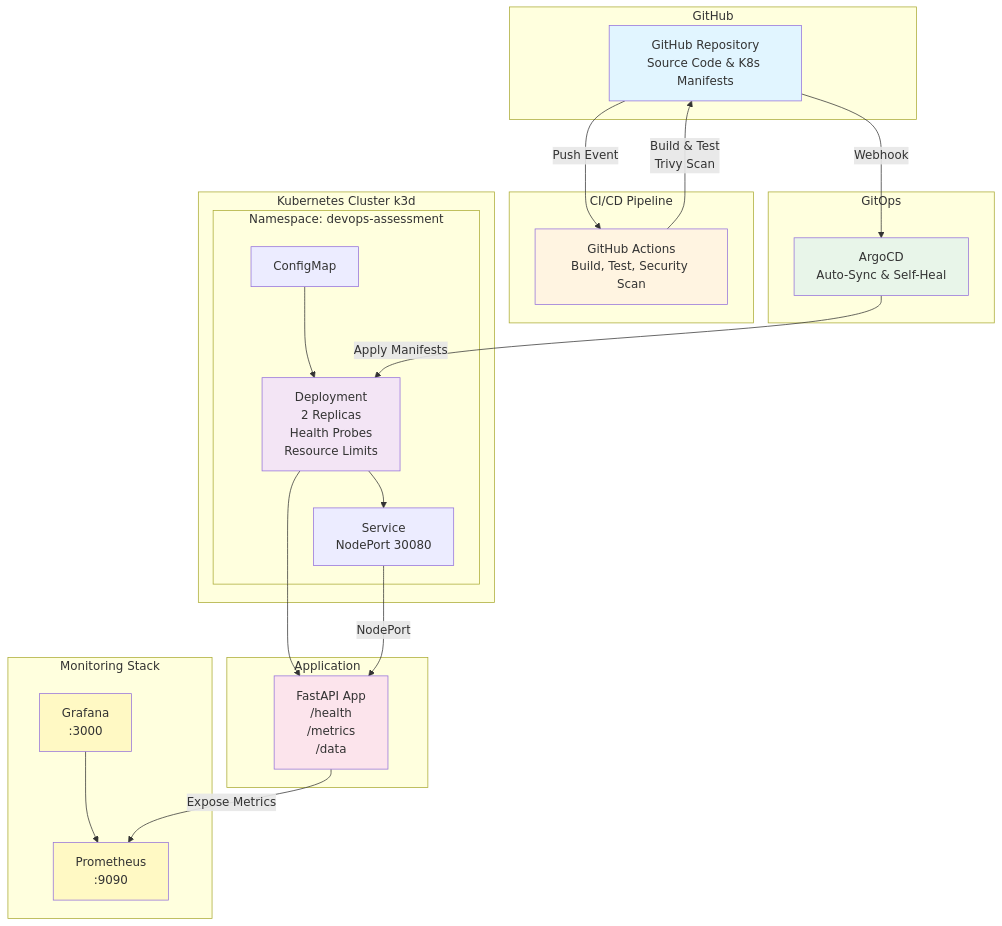
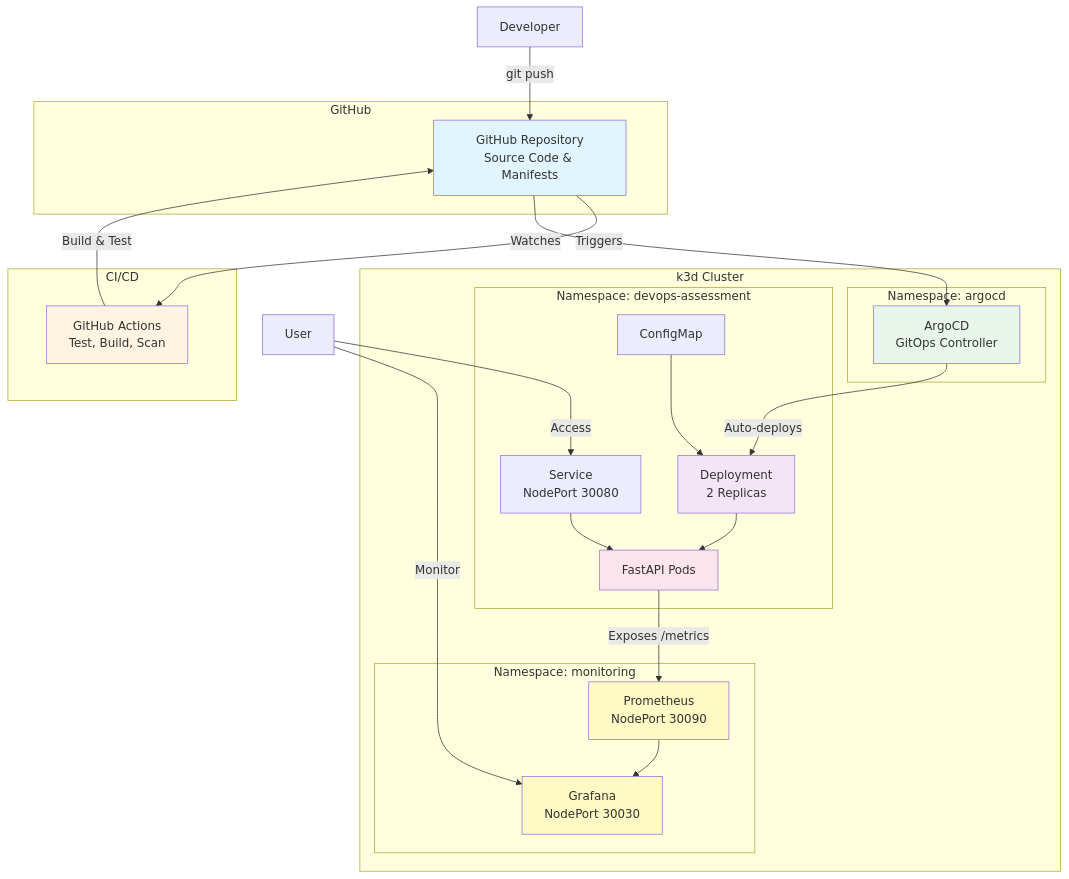
The diagram in README.md (jardahrazdera/devops-assessment), drawn with Mermaid before and after one commit. The commit also changed other lines of this file, not shown here.

Commit message:
docs: simplify README with integrated Kubernetes architecture

````diff
--- a/README.md
+++ b/README.md
@@ -7,50 +28,51 @@
 ```mermaid
 graph TB
     subgraph "GitHub"
-        REPO[GitHub Repository<br/>Source Code & K8s Manifests]
+        REPO[GitHub Repository<br/>Source Code & Manifests]
     end
 
-    subgraph "CI/CD Pipeline"
-        GHA[GitHub Actions<br/>Build, Test, Security Scan]
+    subgraph "CI/CD"
+        GHA[GitHub Actions<br/>Test, Build, Scan]
     end
 
-    subgraph "GitOps"
-        ARGOCD[ArgoCD<br/>Auto-Sync & Self-Heal]
-    end
+    subgraph "k3d Cluster"
+        subgraph "Namespace: argocd"
+            ARGOCD[ArgoCD<br/>GitOps Controller]
+        end
 
-    subgraph "Kubernetes Cluster k3d"
         subgraph "Namespace: devops-assessment"
-            DEPLOY[Deployment<br/>2 Replicas<br/>Health Probes<br/>Resource Limits]
+            DEPLOY[Deployment<br/>2 Replicas]
             SVC[Service<br/>NodePort 30080]
             CM[ConfigMap]
-            DEPLOY --> SVC
+            APP[FastAPI Pods]
+
             CM --> DEPLOY
+            DEPLOY --> APP
+            SVC --> APP
+        end
+
+        subgraph "Namespace: monitoring"
+            PROM[Prometheus<br/>NodePort 30090]
+            GRAFANA[Grafana<br/>NodePort 30030]
+
+            PROM --> GRAFANA
         end
     end
 
-    subgraph "Monitoring Stack"
-        PROM[Prometheus<br/>:9090]
-        GRAFANA[Grafana<br/>:3000]
-        GRAFANA --> PROM
-    end
-
-    subgraph "Application"
-        APP[FastAPI App<br/>/health<br/>/metrics<br/>/data]
-    end
-
-    REPO -->|Push Event| GHA
-    REPO -->|Webhook| ARGOCD
-    GHA -->|Build & Test<br/>Trivy Scan| REPO
-    ARGOCD -->|Apply Manifests| DEPLOY
-    DEPLOY --> APP
-    APP -->|Expose Metrics| PROM
-    SVC -->|NodePort| APP
+    DEV[Developer] -->|git push| REPO
+    REPO -->|Triggers| GHA
+    GHA -->|Build & Test| REPO
+    REPO -->|Watches| ARGOCD
+    ARGOCD -->|Auto-deploys| DEPLOY
+    APP -->|Exposes /metrics| PROM
+    USER[User] -->|Access| SVC
+    USER -->|Monitor| GRAFANA
 
     style REPO fill:#e1f5ff
     style GHA fill:#fff4e1
     style ARGOCD fill:#e8f5e9
     style DEPLOY fill:#f3e5f5
     style APP fill:#fce4ec
     style PROM fill:#fff9c4
     style GRAFANA fill:#fff9c4
 ```
````
